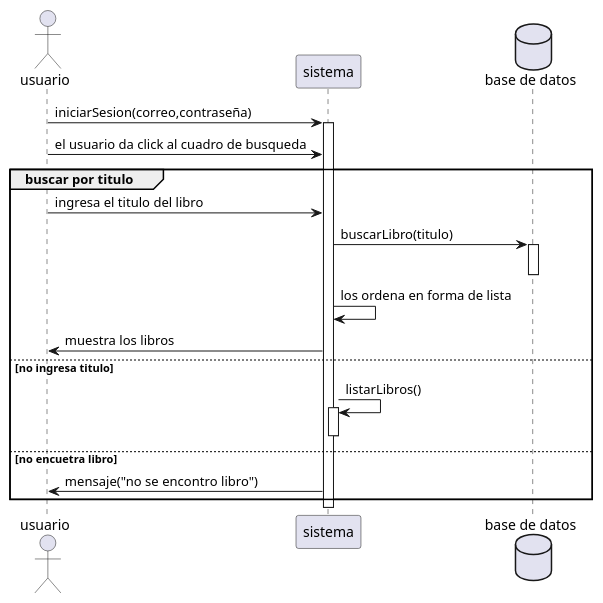
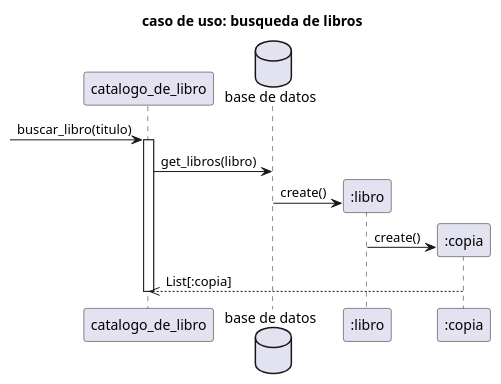
Before and after one commit to RubenE107/diagramas-de-dise-o-uml: the diagram in Interacion3/busquedaCataLibro.puml, drawn with PlantUML. The commit also changed other lines of this file and 1 other file, not shown here.

Commit message:
busqueda

```diff
--- a/Interacion3/busquedaCataLibro.puml
+++ b/Interacion3/busquedaCataLibro.puml
@@ -1,27 +27,17 @@
 @startuml
-actor "usuario" as u
-participant "sistema" as s
-database "base de datos" as bd
+title caso de uso: busqueda de libros
 
-u->s:iniciarSesion(correo,contraseña)
-activate s
-u->s:el usuario da click al cuadro de busqueda
-group buscar por titulo
-u->s:ingresa el titulo del libro
+participant "catalogo_de_libro" as c
+database "base de datos" as db
 
-s->bd:buscarLibro(titulo)
-activate bd
-deactivate bd
-s->s: los ordena en forma de lista
-s->u:muestra los libros
-else no ingresa titulo
- s->s:listarLibros()
- activate s
- deactivate s
-else no encuetra libro
-s->u:mensaje("no se encontro libro")
-end
+->c:buscar_libro(titulo)
+activate c
+c->db:get_libros(libro)
+create ":libro" as l
+db->l:create()
+create ":copia" as co
+l->co:create()
+co-->>c:List[:copia]
 
-
-
+deactivate c
 @enduml
```
